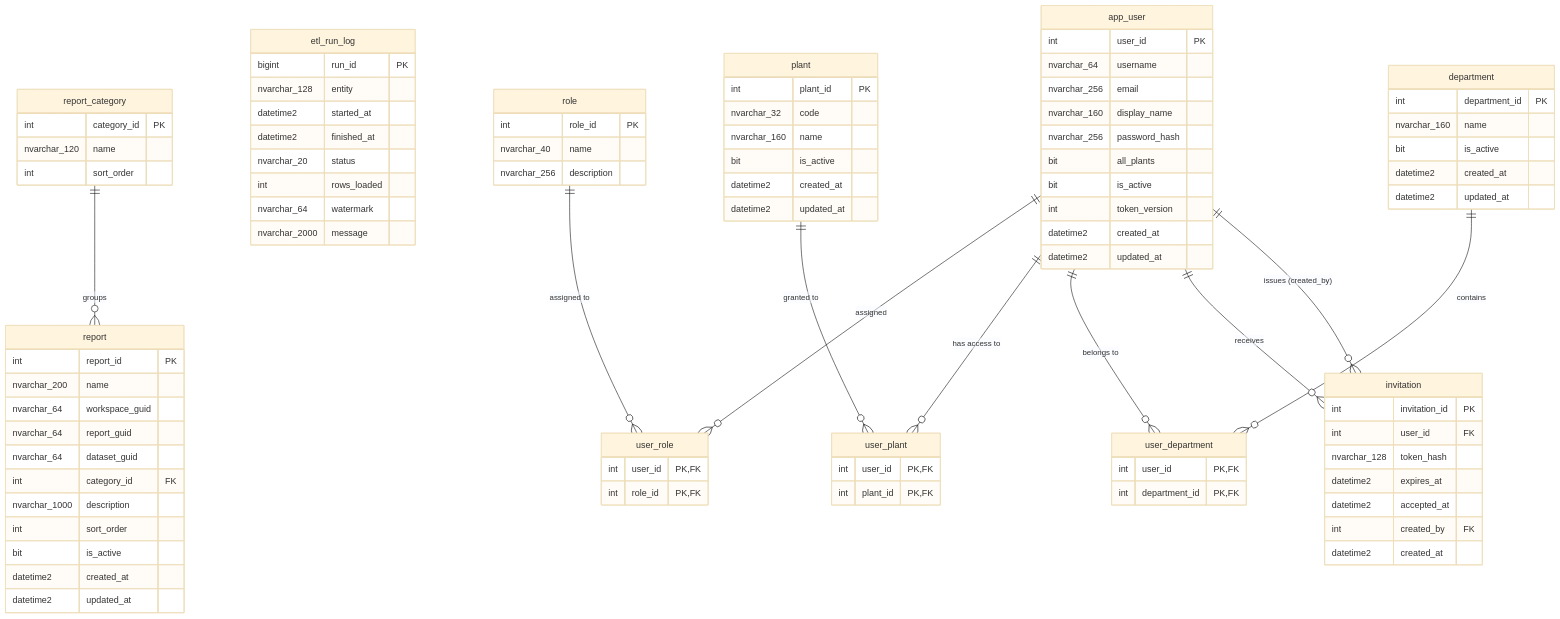
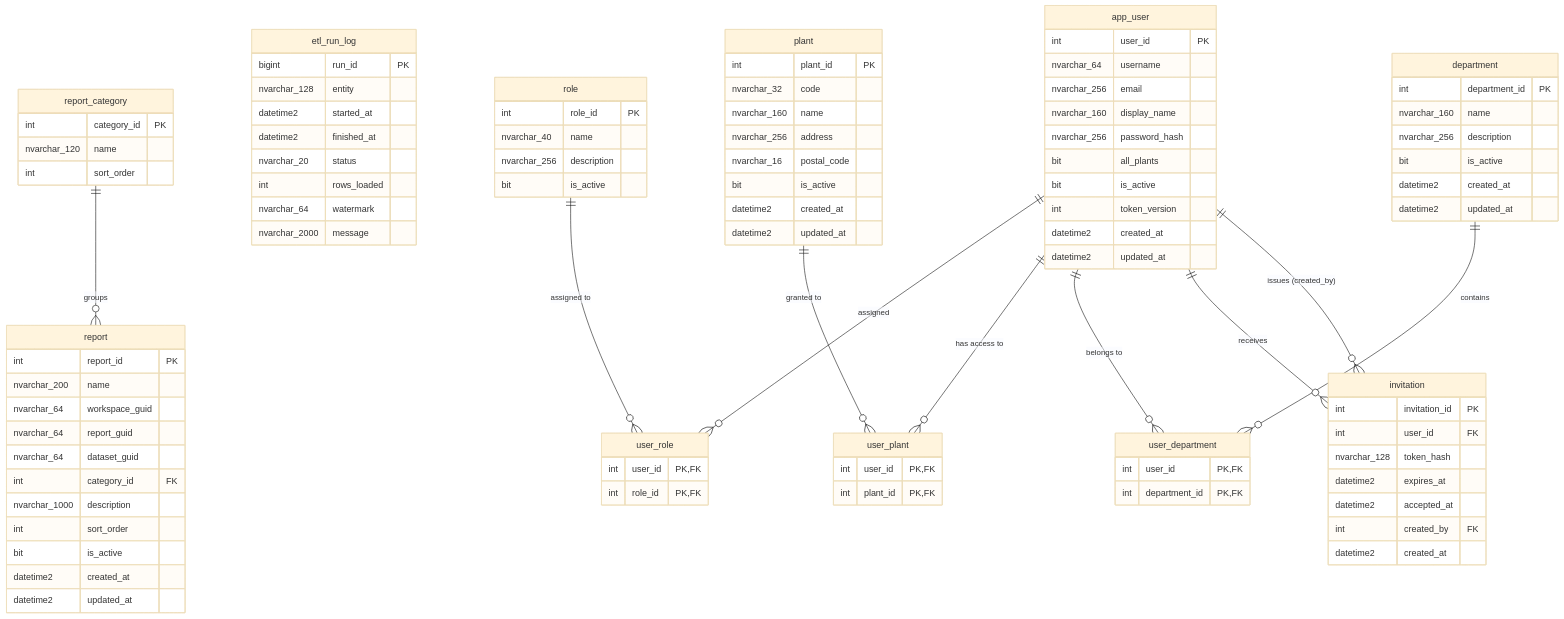
One commit to AndresDRamos/EBI-WEB changed the diagram in docs/database/erd.md. Above: the diagram before and after it, drawn with Mermaid (base theme). The commit also changed other lines of this file and 7 other files, not shown here.

```diff
--- a/docs/database/erd.md
+++ b/docs/database/erd.md
@@ -62,12 +62,15 @@
         int role_id PK
         nvarchar_40 name
         nvarchar_256 description
+        bit is_active
     }
 
     plant {
         int plant_id PK
         nvarchar_32 code
         nvarchar_160 name
+        nvarchar_256 address
+        nvarchar_16 postal_code
         bit is_active
         datetime2 created_at
         datetime2 updated_at
@@ -76,6 +79,7 @@
     department {
         int department_id PK
         nvarchar_160 name
+        nvarchar_256 description
         bit is_active
         datetime2 created_at
         datetime2 updated_at
```
